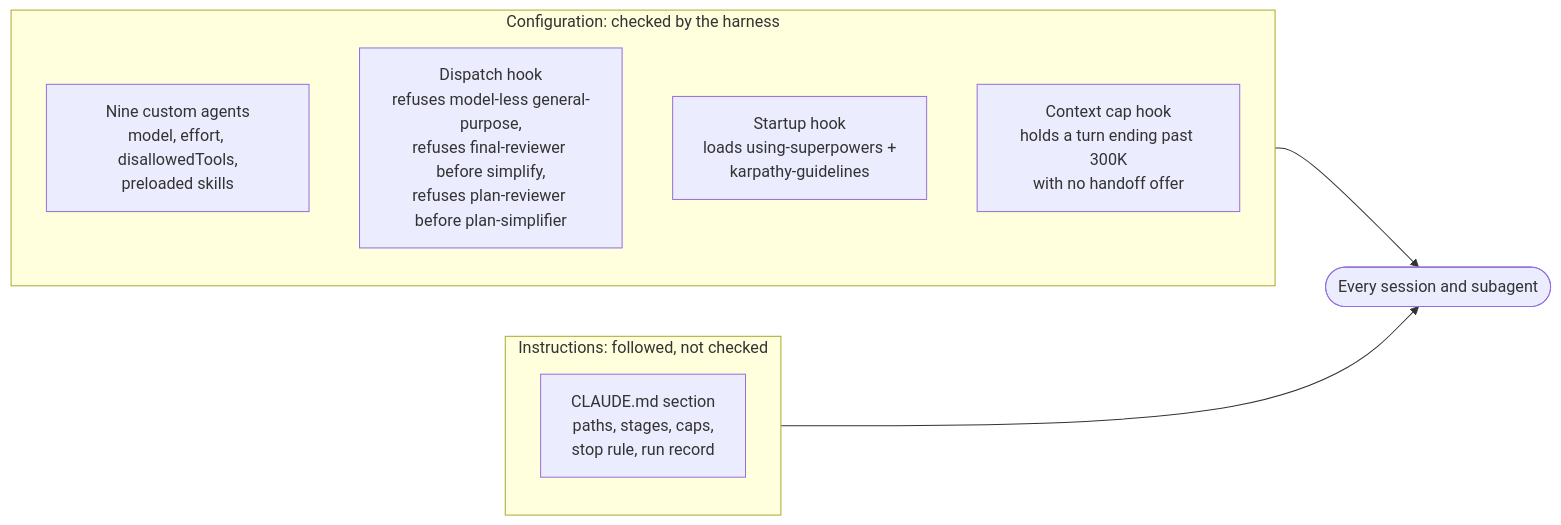
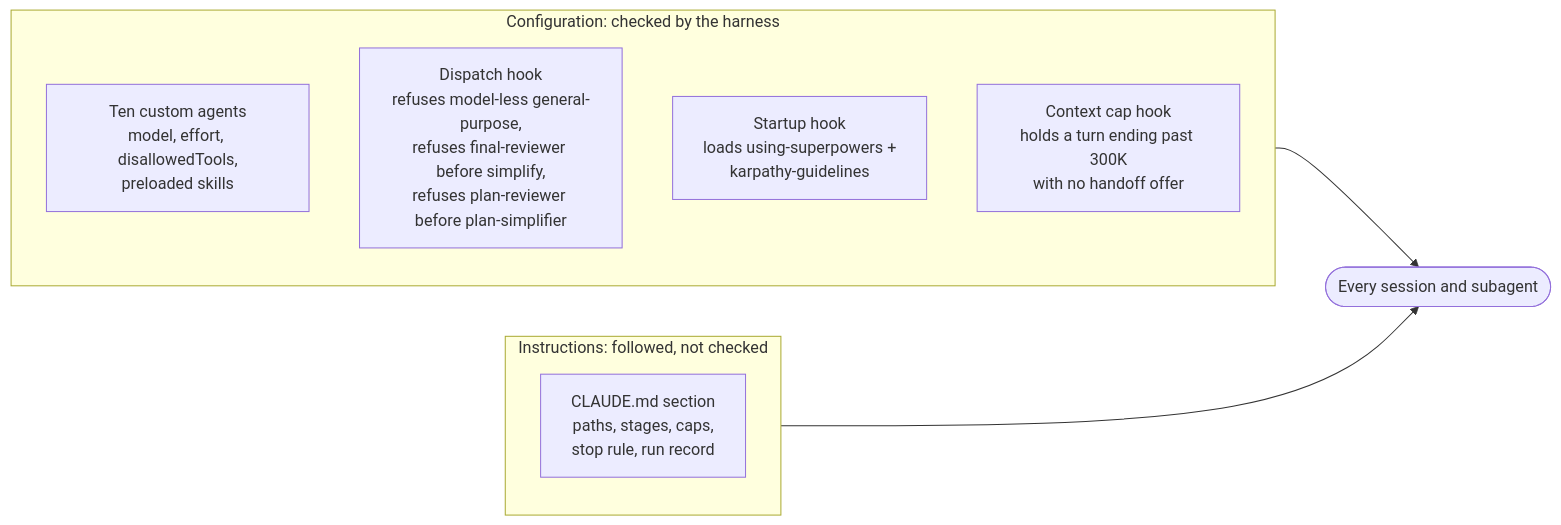
Before and after one commit to shoklah/claude-workflow-template: the fourth of 4 diagrams in README.md, drawn with Mermaid. The commit also changed other lines of this file and 22 other files, not shown here.

````diff
--- a/README.md
+++ b/README.md
@@ -159,14 +172,14 @@
 ```mermaid
 flowchart LR
     subgraph CFG ["Configuration: checked by the harness"]
-        AG["Nine custom agents<br/>model, effort, disallowedTools,<br/>preloaded skills"]
+        AG["Ten custom agents<br/>model, effort, disallowedTools,<br/>preloaded skills"]
         DH["Dispatch hook<br/>refuses model-less general-purpose,<br/>refuses final-reviewer before simplify,<br/>refuses plan-reviewer before plan-simplifier"]
         SH["Startup hook<br/>loads using-superpowers +<br/>karpathy-guidelines"]
         CH["Context cap hook<br/>holds a turn ending past 300K<br/>with no handoff offer"]
     end
     subgraph INS ["Instructions: followed, not checked"]
         MD["CLAUDE.md section<br/>paths, stages, caps,<br/>stop rule, run record"]
     end
     CFG --> W([Every session and subagent])
     INS --> W
 ```
````
